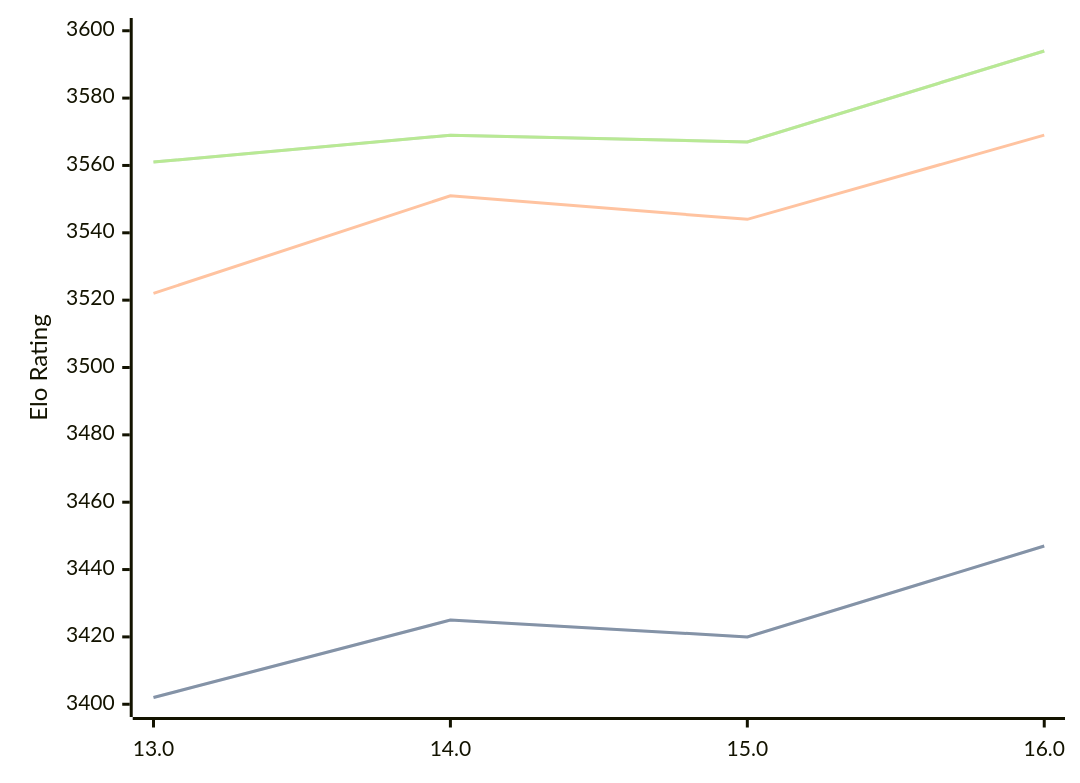
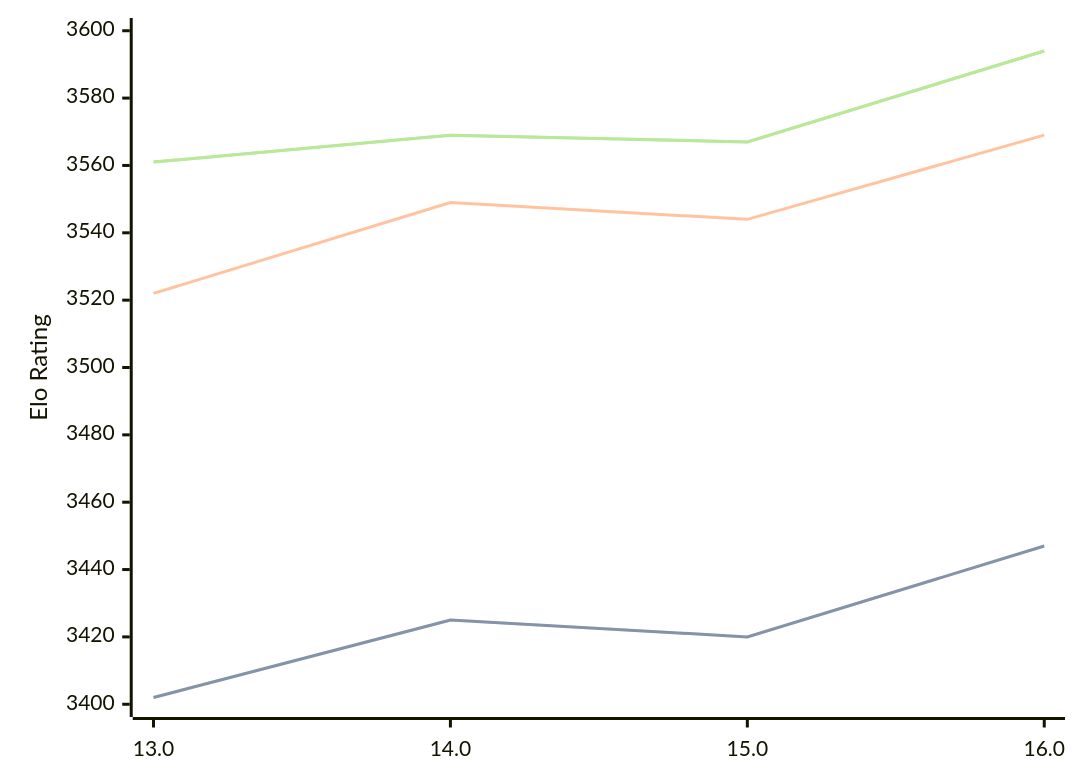
The diagram in engines/Obsidian.md (computer-chess-index/cci), drawn with Mermaid before and after one commit. The commit also changed other lines of this file, not shown here.

````diff
--- a/engines/Obsidian.md
+++ b/engines/Obsidian.md
@@ -34,11 +34,11 @@
 ```mermaid
 %%{init: {"theme":"base","themeVariables":{"seriesColors:['#a3a3a3','#222221','#faa371']}}}%%
 xychart-beta
   x-axis ["13.0", "14.0", "15.0", "16.0"]
   y-axis "Elo Rating" 3400 --> 3600
   line "" [3402, 3425, 3420, 3447]
   line "STC (8.0+0.08s)" [3402, 3425, 3420, 3447]
-  line "LTC (60.0+0.60s)" [3522, 3551, 3544, 3569]
+  line "LTC (60.0+0.60s)" [3522, 3549, 3544, 3569]
   line "" [3561, 3569, 3567, 3594]
   line "VLTC (2m24s+1.12s)" [3561, 3569, 3567, 3594]
 ```
````
